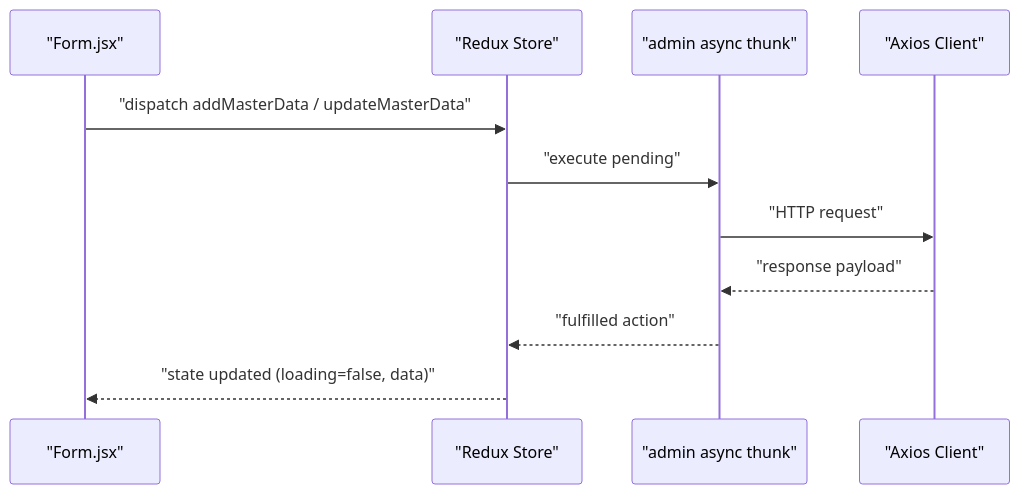
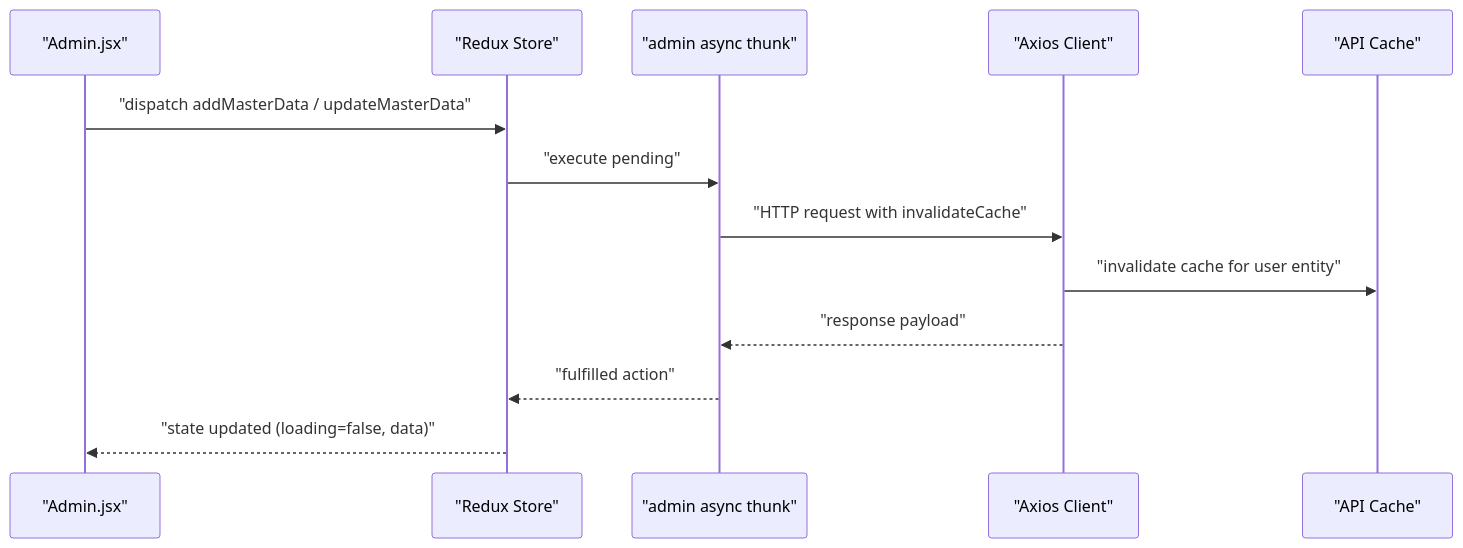
Before and after one commit to Aryan9060/Timetable-Project: the sixth of 10 diagrams in .qoder/repowiki/en/content/State Management/Redux Store Configuration.md, drawn with Mermaid. The commit also changed other lines of this file and 8 other files, not shown here.

````diff
--- a/.qoder/repowiki/en/content/State Management/Redux Store Configuration.md
+++ b/.qoder/repowiki/en/content/State Management/Redux Store Configuration.md
@@ -181,13 +215,15 @@
 ```mermaid
 sequenceDiagram
-participant UI as "Form.jsx"
+participant UI as "Admin.jsx"
 participant Store as "Redux Store"
 participant Thunk as "admin async thunk"
 participant API as "Axios Client"
+participant Cache as "API Cache"
 UI->>Store : "dispatch addMasterData / updateMasterData"
 Store->>Thunk : "execute pending"
-Thunk->>API : "HTTP request"
+Thunk->>API : "HTTP request with invalidateCache"
+API->>Cache : "invalidate cache for user entity"
 API-->>Thunk : "response payload"
 Thunk-->>Store : "fulfilled action"
 Store-->>UI : "state updated (loading=false, data)"
 ```
````
